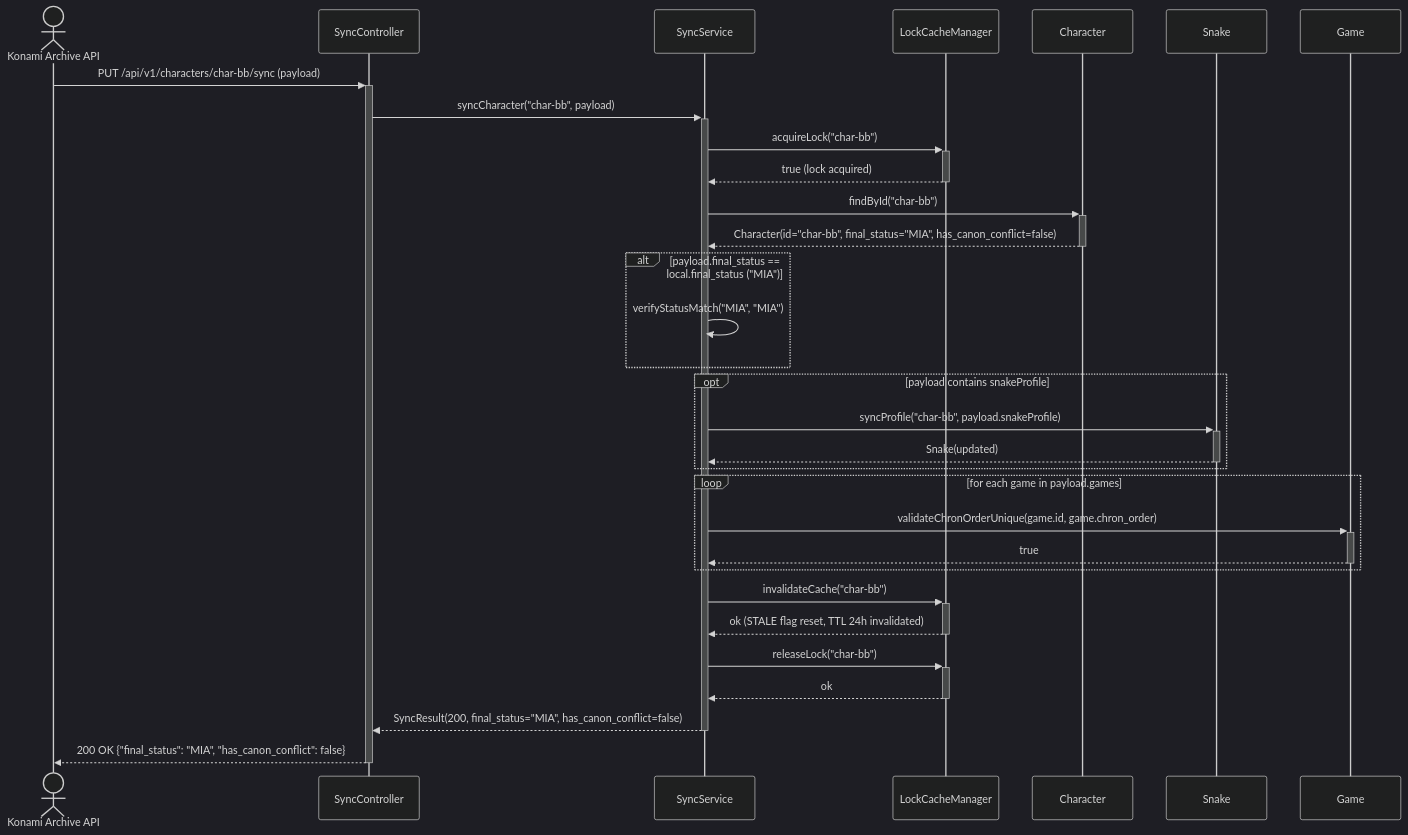
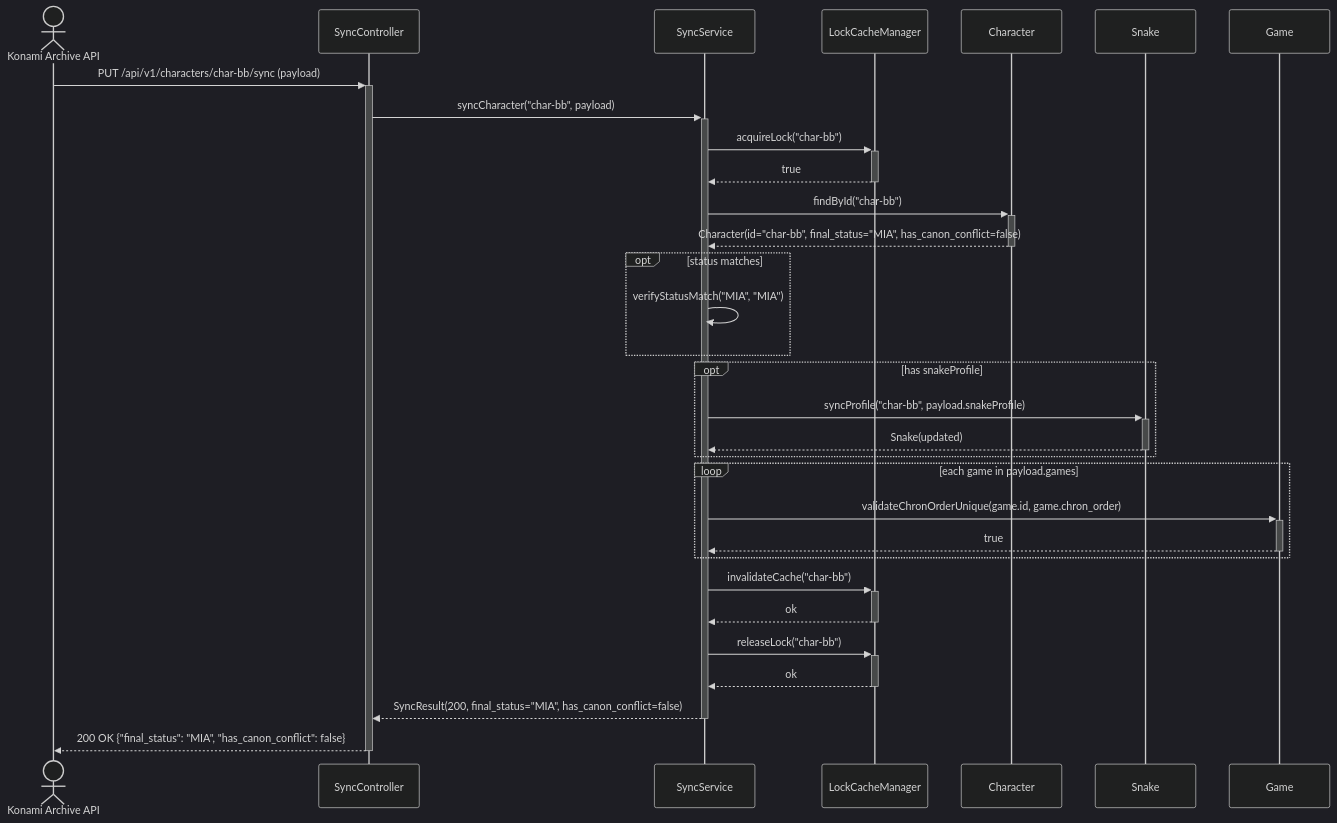
Before and after one commit to D1rtyJesus/OP2: the first of 4 diagrams in lab3/diagrams.md, drawn with Mermaid (dark theme). The commit also changed other lines of this file and 1 other file, not shown here.

````diff
--- a/lab3/diagrams.md
+++ b/lab3/diagrams.md
@@ -3,41 +3,41 @@
 ```mermaid
 sequenceDiagram
     actor API as Konami Archive API
     participant Ctrl as SyncController
     participant Svc as SyncService
     participant LCM as LockCacheManager
     participant Char as Character
     participant Snake as Snake
     participant Game as Game
 
     API->>+Ctrl: PUT /api/v1/characters/char-bb/sync (payload)
     Ctrl->>+Svc: syncCharacter("char-bb", payload)
     Svc->>+LCM: acquireLock("char-bb")
-    LCM-->>-Svc: true (lock acquired)
+    LCM-->>-Svc: true
 
     Svc->>+Char: findById("char-bb")
     Char-->>-Svc: Character(id="char-bb", final_status="MIA", has_canon_conflict=false)
 
-    alt payload.final_status == local.final_status ("MIA")
+    opt status matches
         Svc->>Svc: verifyStatusMatch("MIA", "MIA")
     end
 
-    opt payload contains snakeProfile
+    opt has snakeProfile
         Svc->>+Snake: syncProfile("char-bb", payload.snakeProfile)
         Snake-->>-Svc: Snake(updated)
     end
 
-    loop for each game in payload.games
+    loop each game in payload.games
         Svc->>+Game: validateChronOrderUnique(game.id, game.chron_order)
         Game-->>-Svc: true
     end
 
     Svc->>+LCM: invalidateCache("char-bb")
-    LCM-->>-Svc: ok (STALE flag reset, TTL 24h invalidated)
+    LCM-->>-Svc: ok
 
     Svc->>+LCM: releaseLock("char-bb")
     LCM-->>-Svc: ok
 
     Svc-->>-Ctrl: SyncResult(200, final_status="MIA", has_canon_conflict=false)
     Ctrl-->>-API: 200 OK {"final_status": "MIA", "has_canon_conflict": false}
 ```
````
